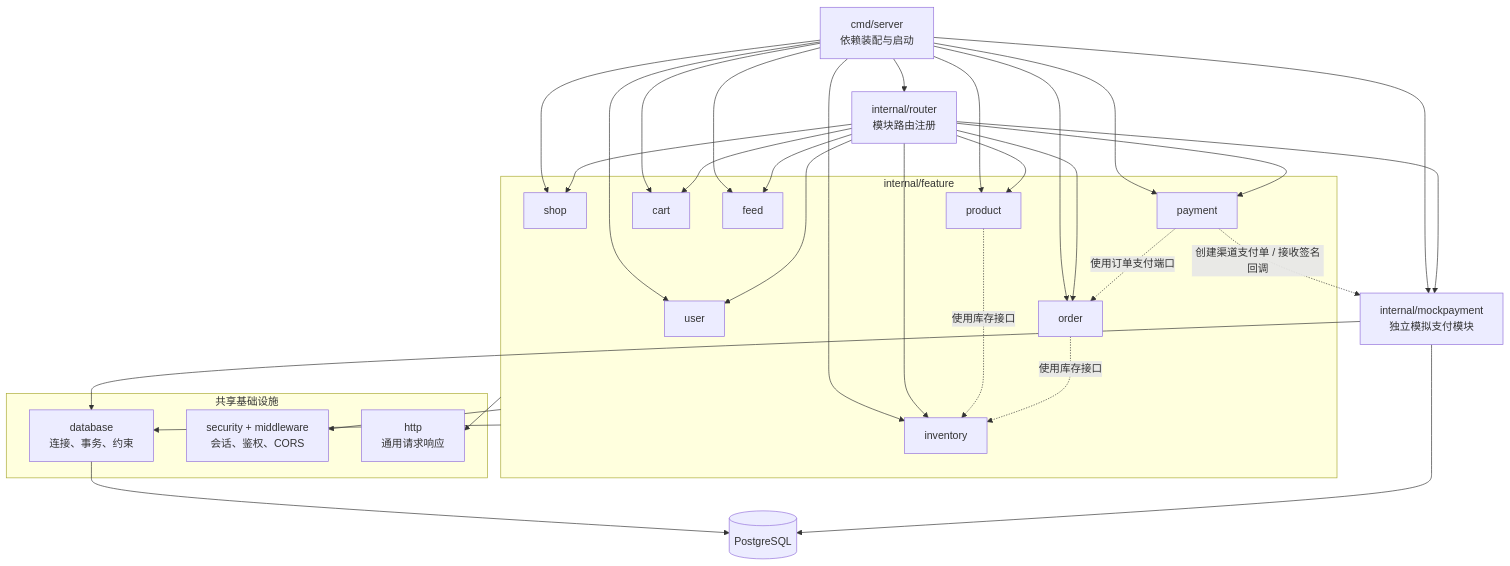
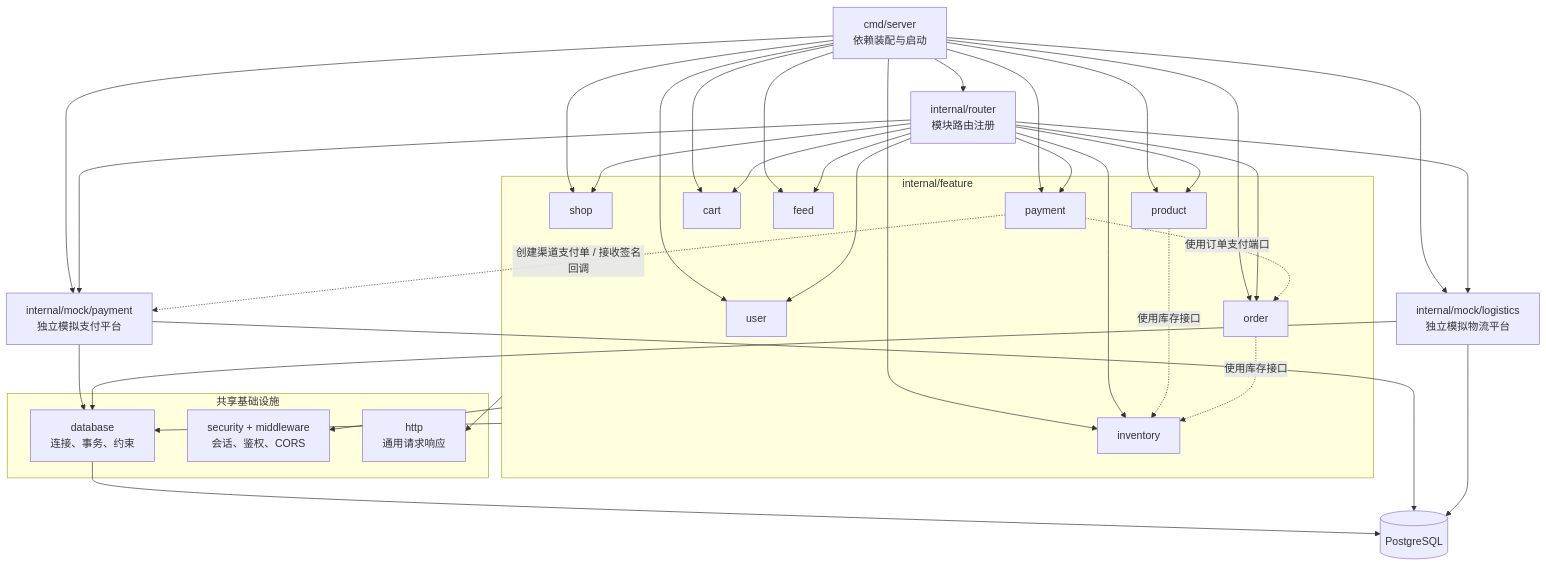
Before and after one commit to QingKong996/pinshaoshao: the second of 5 diagrams in architecture.md, drawn with Mermaid. The commit also changed other lines of this file and 103 other files, not shown here.

First line of the commit message:
feat(mock): add logistics sandbox and consolidate mock services

````diff
--- a/architecture.md
+++ b/architecture.md
@@ -28,59 +28,64 @@
 ```mermaid
 flowchart TB
     Main[cmd/server<br/>依赖装配与启动]
     Router[internal/router<br/>模块路由注册]
 
     subgraph Features[internal/feature]
         User[user]
         Shop[shop]
         Product[product]
         Inventory[inventory]
         Cart[cart]
         Feed[feed]
         Order[order]
         Payment[payment]
     end
 
-    MockPayment[internal/mockpayment<br/>独立模拟支付模块]
+    MockPayment[internal/mock/payment<br/>独立模拟支付平台]
+    MockLogistics[internal/mock/logistics<br/>独立模拟物流平台]
 
     subgraph Shared[共享基础设施]
         DatabaseLayer[database<br/>连接、事务、约束]
         Security[security + middleware<br/>会话、鉴权、CORS]
         HTTPLayer[http<br/>通用请求响应]
     end
 
     PostgreSQL[(PostgreSQL)]
 
     Main --> Router
     Main --> User
     Main --> Shop
     Main --> Product
     Main --> Inventory
     Main --> Cart
     Main --> Feed
     Main --> Order
     Main --> Payment
     Main --> MockPayment
+    Main --> MockLogistics
 
     Router --> User
     Router --> Shop
     Router --> Product
     Router --> Inventory
     Router --> Cart
     Router --> Feed
     Router --> Order
     Router --> Payment
     Router --> MockPayment
+    Router --> MockLogistics
 
     Product -. 使用库存接口 .-> Inventory
     Order -. 使用库存接口 .-> Inventory
     Payment -. 使用订单支付端口 .-> Order
     Payment -. 创建渠道支付单 / 接收签名回调 .-> MockPayment
 
     Features --> DatabaseLayer
     Features --> Security
     Features --> HTTPLayer
     MockPayment --> DatabaseLayer
     DatabaseLayer --> PostgreSQL
     MockPayment --> PostgreSQL
+    MockLogistics --> DatabaseLayer
+    MockLogistics --> PostgreSQL
 ```
````
